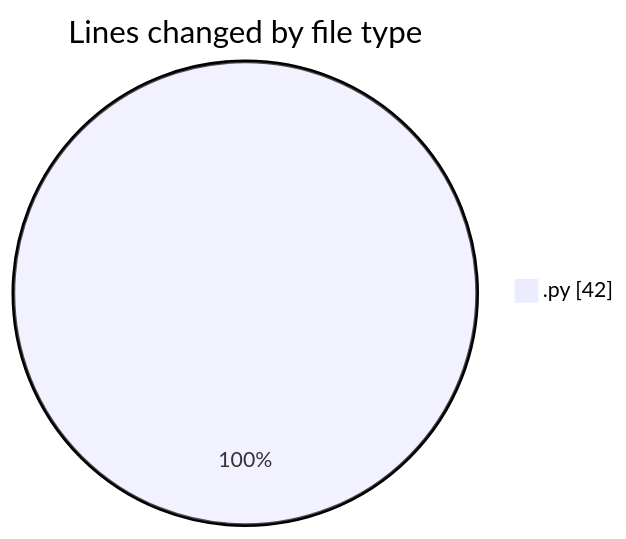
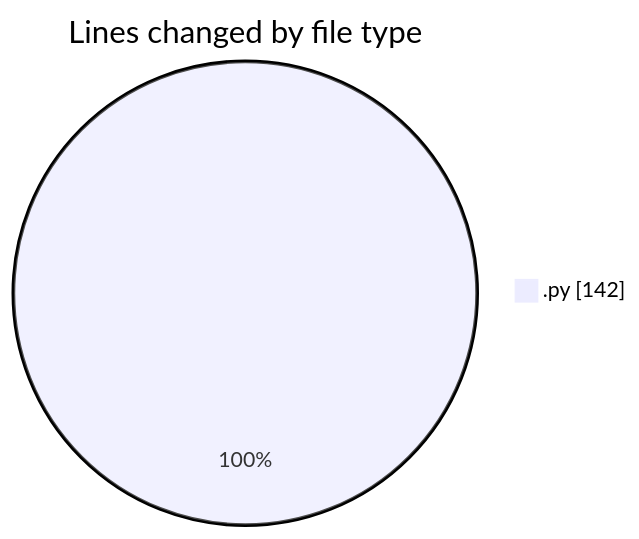
The first of 2 diagrams in 2026-01-21/testtrexima/README.md (MatusMokan/code-tracking), drawn with Mermaid before and after one commit. The commit also changed other lines of this file and 1 other file, not shown here.

````diff
--- a/2026-01-21/testtrexima/README.md
+++ b/2026-01-21/testtrexima/README.md
@@ -20,5 +20,5 @@
 ```mermaid
 pie showData
 title Lines changed by file type
-".py" : 42
+".py" : 142
 ```
````
